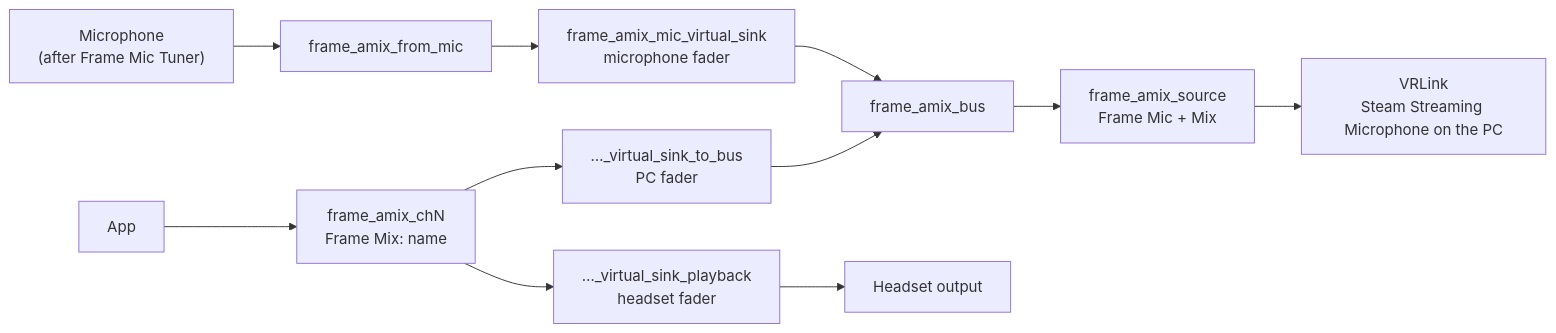
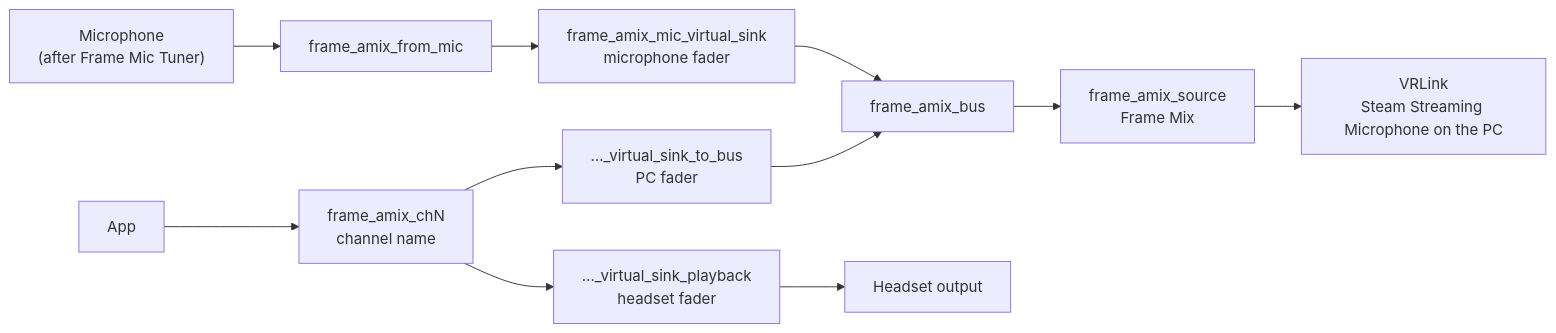
Before and after one commit to marcus-universe/frame-audio-mixer: the diagram in docs/how-it-works.md, drawn with Mermaid. The commit also changed other lines of this file and 8 other files, not shown here.

````diff
--- a/docs/how-it-works.md
+++ b/docs/how-it-works.md
@@ -7,11 +7,11 @@
 ```mermaid
 flowchart LR
     mic["Microphone<br/>(after Frame Mic Tuner)"] --> from_mic[frame_amix_from_mic]
     from_mic --> mic_fader["frame_amix_mic_virtual_sink<br/>microphone fader"]
     mic_fader --> bus[frame_amix_bus]
-    app["App"] --> sink["frame_amix_chN<br/>Frame Mix: name"]
+    app["App"] --> sink["frame_amix_chN<br/>channel name"]
     sink --> phones["…_virtual_sink_playback<br/>headset fader"] --> out["Headset output"]
     sink --> to_bus["…_virtual_sink_to_bus<br/>PC fader"] --> bus
-    bus --> source["frame_amix_source<br/>Frame Mic + Mix"]
+    bus --> source["frame_amix_source<br/>Frame Mix"]
     source --> vrlink["VRLink<br/>Steam Streaming Microphone on the PC"]
 ```
````
